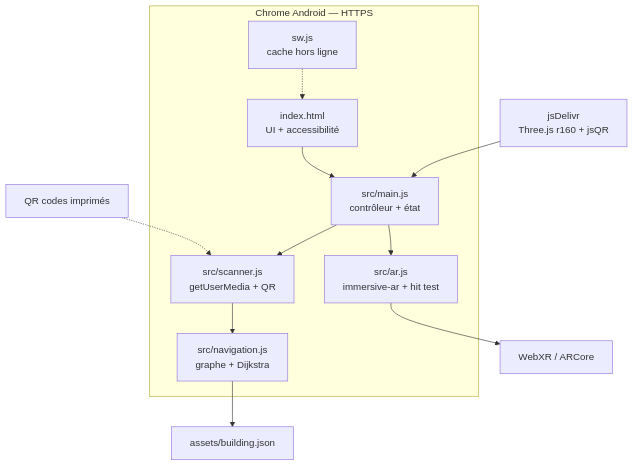
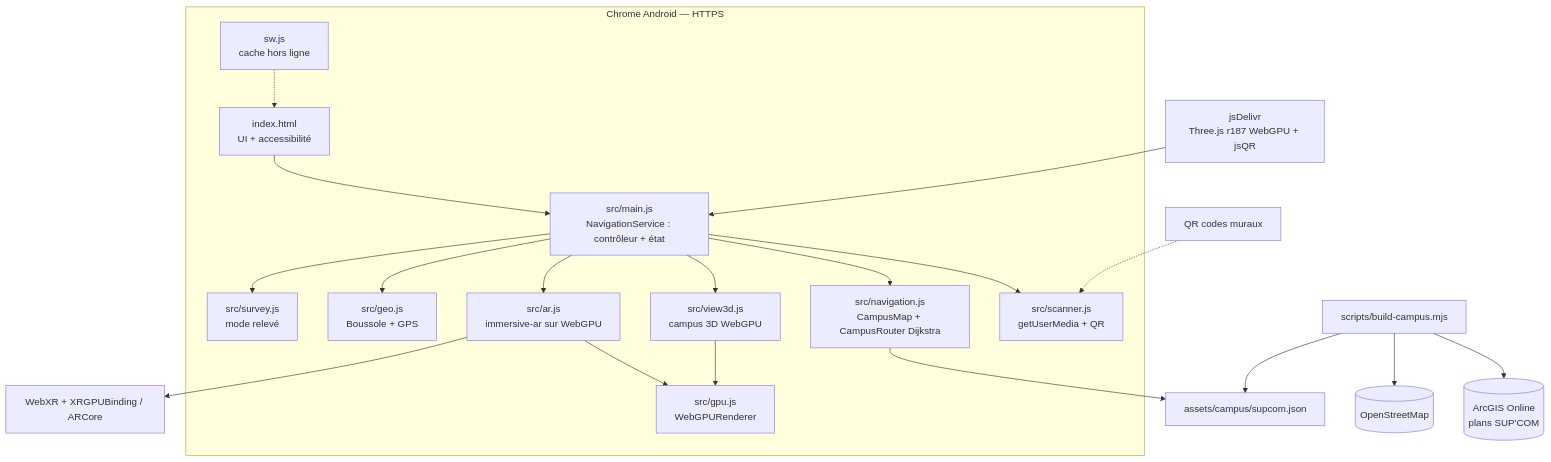
The second of 5 diagrams in docs/design-notebook.md (yessinomhiri-cpu/indoor-wayfinder), drawn with Mermaid before and after one commit. The commit also changed other lines of this file and 59 other files, not shown here.

First line of the commit message:
feat: real SUP'COM campus in WebGPU, multi-floor routes, compass, GPS (v3.0.0)

````diff
--- a/docs/design-notebook.md
+++ b/docs/design-notebook.md
@@ -42,25 +50,40 @@
 ```mermaid
 flowchart TB
     subgraph Browser["Chrome Android — HTTPS"]
         UI[index.html<br/>UI + accessibilité]
-        MAIN[src/main.js<br/>contrôleur + état]
+        MAIN[src/main.js<br/>NavigationService : contrôleur + état]
         SCAN[src/scanner.js<br/>getUserMedia + QR]
-        NAV[src/navigation.js<br/>graphe + Dijkstra]
-        AR[src/ar.js<br/>immersive-ar + hit test]
+        NAV[src/navigation.js<br/>CampusMap + CampusRouter Dijkstra]
+        VIEW[src/view3d.js<br/>campus 3D WebGPU]
+        AR[src/ar.js<br/>immersive-ar sur WebGPU]
+        GPU[src/gpu.js<br/>WebGPURenderer]
+        GEO[src/geo.js<br/>Boussole + GPS]
+        SURVEY[src/survey.js<br/>mode relevé]
         SW[sw.js<br/>cache hors ligne]
     end
-    CDN[jsDelivr<br/>Three.js r160 + jsQR]
-    DATA[assets/building.json]
-    QR[QR codes imprimés]
-    XR[WebXR / ARCore]
+    CDN[jsDelivr<br/>Three.js r187 WebGPU + jsQR]
+    DATA[assets/campus/supcom.json]
+    BUILD[scripts/build-campus.mjs]
+    ARCGIS[(ArcGIS Online<br/>plans SUP'COM)]
+    OSM[(OpenStreetMap)]
+    QR[QR codes muraux]
+    XR[WebXR + XRGPUBinding / ARCore]
 
     QR -.-> SCAN
     UI --> MAIN
     MAIN --> SCAN
-    SCAN --> NAV
+    MAIN --> NAV
+    MAIN --> VIEW
+    MAIN --> AR
+    MAIN --> GEO
+    MAIN --> SURVEY
+    VIEW --> GPU
+    AR --> GPU
+    AR --> XR
     NAV --> DATA
-    MAIN --> AR
-    AR --> XR
+    BUILD --> ARCGIS
+    BUILD --> OSM
+    BUILD --> DATA
     CDN --> MAIN
     SW -.-> UI
 ```
````
